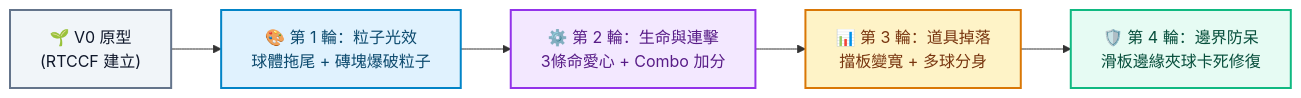
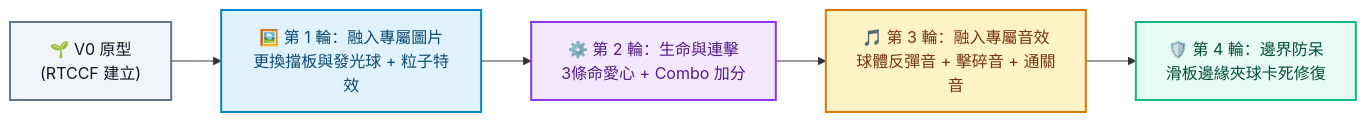
The diagram in AIFirst實作課程/建立小遊戲/打磚塊遊戲/README.md (roberthsu2003/vibe_coding), drawn with Mermaid before and after one commit. The commit also changed other lines of this file and 67 other files, not shown here.

````diff
--- a/AIFirst實作課程/建立小遊戲/打磚塊遊戲/README.md
+++ b/AIFirst實作課程/建立小遊戲/打磚塊遊戲/README.md
@@ -77,14 +82,14 @@
 ```mermaid
 flowchart LR
     V0["🌱 V0 原型<br/>(RTCCF 建立)"] 
-    --> V1["🎨 第 1 輪：粒子光效<br/>球體拖尾 + 磚塊爆破粒子"]
+    --> V1["🖼️ 第 1 輪：融入專屬圖片<br/>更換擋板與發光球 + 粒子特效"]
     --> V2["⚙️ 第 2 輪：生命與連擊<br/>3條命愛心 + Combo 加分"]
-    --> V3["📊 第 3 輪：道具掉落<br/>擋板變寬 + 多球分身"]
+    --> V3["🎵 第 3 輪：融入專屬音效<br/>球體反彈音 + 擊碎音 + 通關音"]
     --> V4["🛡️ 第 4 輪：邊界防呆<br/>滑板邊緣夾球卡死修復"]
 
     style V0 fill:#f1f5f9,stroke:#64748b,stroke-width:2px,color:#0f172a
     style V1 fill:#e0f2fe,stroke:#0284c7,stroke-width:2px,color:#0c4a6e
     style V2 fill:#f3e8ff,stroke:#9333ea,stroke-width:2px,color:#581c87
     style V3 fill:#fef3c7,stroke:#d97706,stroke-width:2px,color:#78350f
     style V4 fill:#e6fbf3,stroke:#10b981,stroke-width:2px,color:#064e3b
 ```
````
